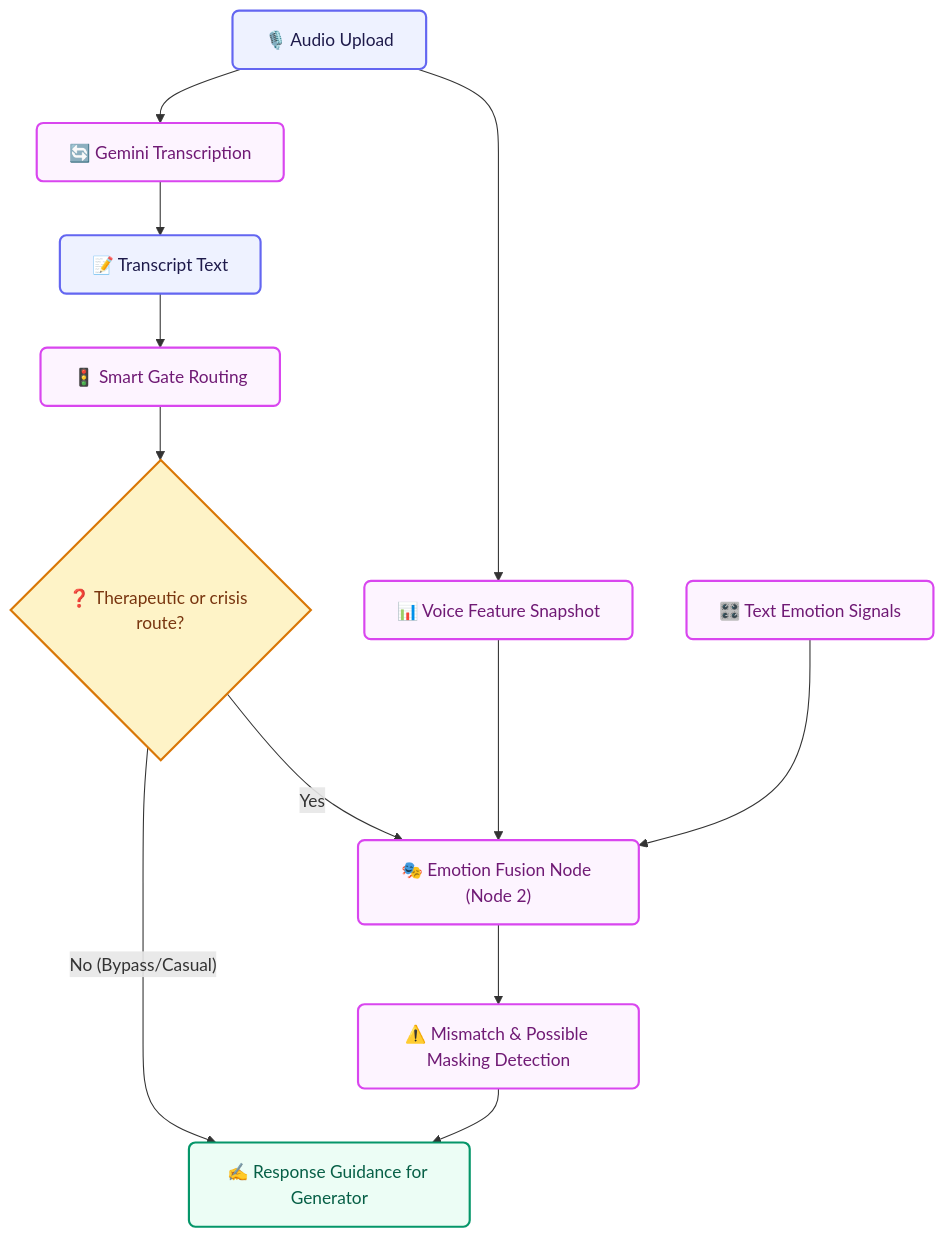
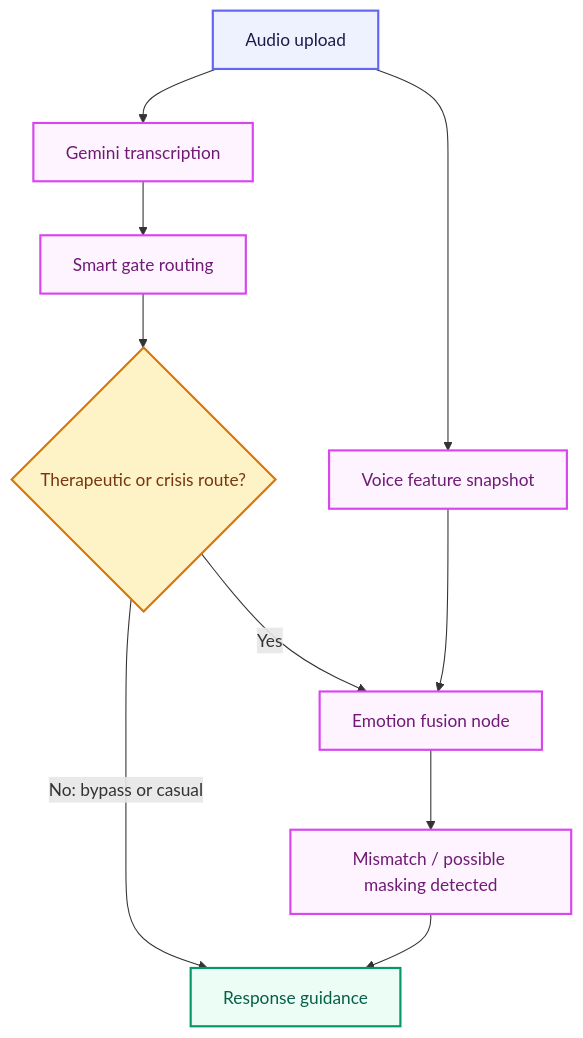
Before and after one commit to taha-mehmood-03/Personlaized-Trainer-Using-Agentic-AI: diagram 11 of 18 in README.md, drawn with Mermaid. The commit also changed other lines of this file and 36 other files, not shown here.

````diff
--- a/README.md
+++ b/README.md
@@ -975,33 +841,23 @@
 ```mermaid
 flowchart TD
-    %% Class Definitions
-    classDef input fill:#EEF2FF,stroke:#6366F1,stroke-width:2px,color:#1E1B4B,rx:6px,ry:6px;
-    classDef decision fill:#FEF3C7,stroke:#D97706,stroke-width:2px,color:#78350F;
-    classDef node fill:#FDF4FF,stroke:#D946EF,stroke-width:2px,color:#701A75,rx:6px,ry:6px;
-    classDef output fill:#ECFDF5,stroke:#059669,stroke-width:2px,color:#065F46,rx:6px,ry:6px;
+    classDef input fill:#EEF2FF,stroke:#6366F1,stroke-width:2px,color:#1E1B4B
+    classDef decision fill:#FEF3C7,stroke:#D97706,stroke-width:2px,color:#78350F
+    classDef node fill:#FDF4FF,stroke:#D946EF,stroke-width:2px,color:#701A75
+    classDef output fill:#ECFDF5,stroke:#059669,stroke-width:2px,color:#065F46
 
-    Audio["🎙️ Audio Upload"]:::input
-    Transcribe["🔄 Gemini Transcription"]:::node
-    VoiceFeatures["📊 Voice Feature Snapshot"]:::node
-    Transcript["📝 Transcript Text"]:::input
-    SmartRoute["🚦 Smart Gate Routing"]:::node
-    Therapeutic{"❓ Therapeutic or crisis route?"}:::decision
-    Fusion["🎭 Emotion Fusion Node (Node 2)"]:::node
-    TextEmotion["🎛️ Text Emotion Signals"]:::node
-    Mismatch["⚠️ Mismatch & Possible Masking Detection"]:::node
-    ResponsePrompt["✍️ Response Guidance for Generator"]:::output
+    Audio["Audio upload"]:::input
+    Transcribe["Gemini transcription"]:::node
+    VoiceFeatures["Voice feature snapshot"]:::node
+    SmartRoute["Smart gate routing"]:::node
+    Therapeutic{"Therapeutic or crisis route?"}:::decision
+    Fusion["Emotion fusion node"]:::node
+    Mismatch["Mismatch / possible masking detected"]:::node
+    ResponsePrompt["Response guidance"]:::output
 
-    Audio --> Transcribe
+    Audio --> Transcribe --> SmartRoute
     Audio --> VoiceFeatures
-    Transcribe --> Transcript
-    Transcript --> SmartRoute
     SmartRoute --> Therapeutic
-    
     Therapeutic -- Yes --> Fusion
-    Therapeutic -- No (Bypass/Casual) --> ResponsePrompt
-    
-    VoiceFeatures --> Fusion
-    TextEmotion --> Fusion
-    Fusion --> Mismatch
-    Mismatch --> ResponsePrompt
+    Therapeutic -- No: bypass or casual --> ResponsePrompt
+    VoiceFeatures --> Fusion --> Mismatch --> ResponsePrompt
 ```
````
